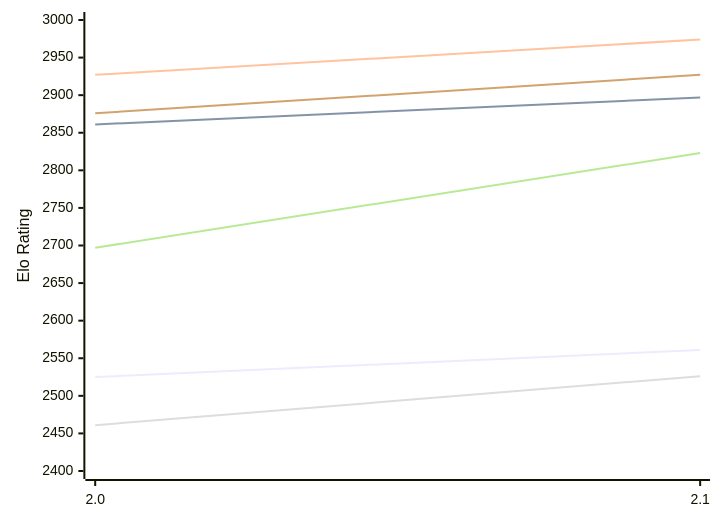
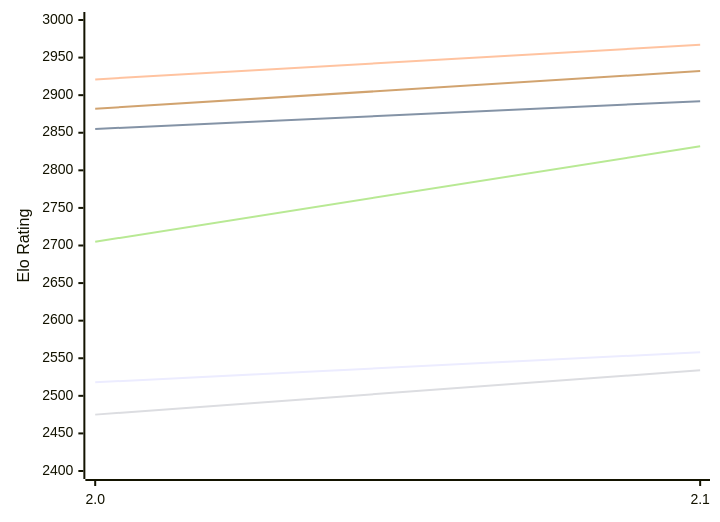
The first of 2 diagrams in engines/Noggin.md (computer-chess-index/cci), drawn with Mermaid before and after one commit. The commit also changed other lines of this file, not shown here.

Commit message:
Update CCI Ratings (ELO VLTC) - 2026-11-18

````diff
--- a/engines/Noggin.md
+++ b/engines/Noggin.md
@@ -50,12 +50,12 @@
 ```mermaid
 %%{init: {"theme":"base","themeVariables":{"seriesColors:['#a3a3a3','#222221','#faa371']}}}%%
 xychart-beta
   x-axis ["2.0", "2.1"]
   y-axis "Elo Rating" 2400 --> 3000
-  line "E1: STC (8.0+0.08s)" [2525, 2561]
-  line "E1: LTC (60.0+0.60s)" [2861, 2897]
-  line "E1: VLTC (2m24s+1.12s)" [2927, 2974]
-  line "P1: STC (8.0+0.08s)" [2461, 2526]
-  line "P1: LTC (60.0+0.60s)" [2697, 2823]
-  line "P1: VLTC (2m24s+1.12s)" [2876, 2927]
+  line "E1: STC (8.0+0.08s)" [2518, 2558]
+  line "E1: LTC (60.0+0.60s)" [2855, 2892]
+  line "E1: VLTC (2m24s+1.12s)" [2921, 2967]
+  line "P1: STC (8.0+0.08s)" [2475, 2534]
+  line "P1: LTC (60.0+0.60s)" [2705, 2832]
+  line "P1: VLTC (2m24s+1.12s)" [2882, 2932]
 ```
````
